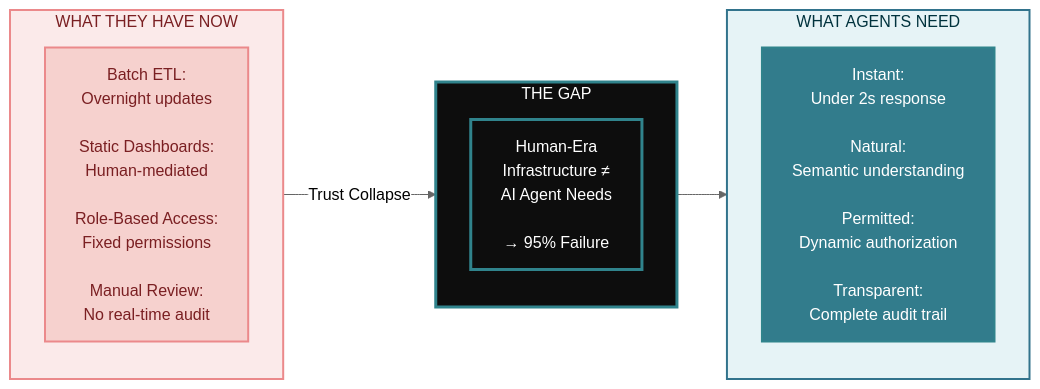
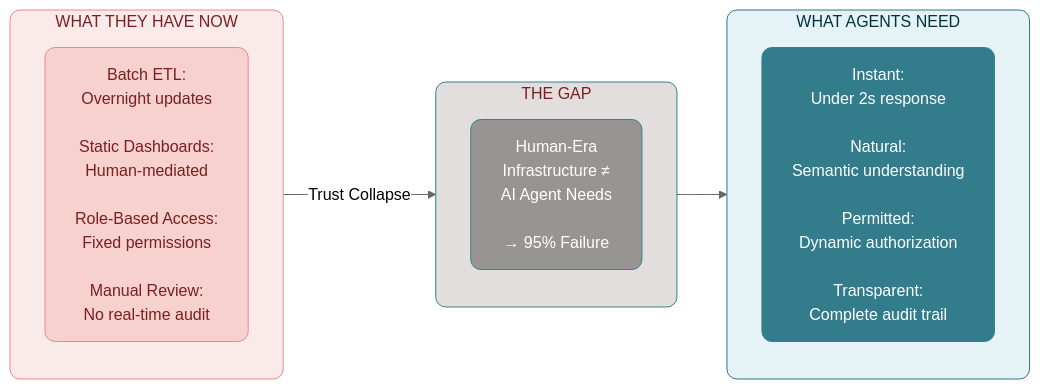
One commit to colaberry/trust-before-intelligence-book changed the first of 6 diagrams in manuscript/02_chapter_1_why_agents_fail.md. Above: the diagram before and after it, drawn with Mermaid (neutral theme). The commit also changed other lines of this file and 12 other files, not shown here.

````diff
--- a/manuscript/02_chapter_1_why_agents_fail.md
+++ b/manuscript/02_chapter_1_why_agents_fail.md
@@ -7,29 +7,29 @@
 ```mermaid
 
 graph LR
     subgraph BUILT["WHAT THEY HAVE NOW"]
         direction TB
         B1["Batch ETL:<br/>Overnight updates<br/><br/>Static Dashboards:<br/>Human-mediated<br/><br/>Role-Based Access:<br/>Fixed permissions<br/><br/>Manual Review:<br/>No real-time audit"]
     end
     
     subgraph GAP["THE GAP"]
         direction TB
         G1["Human-Era<br/>Infrastructure ≠<br/>AI Agent Needs<br/><br/>→ 95% Failure"]
     end
     
     subgraph NEED["WHAT AGENTS NEED"]
         direction TB
         N1["Instant:<br/>Under 2s response<br/><br/>Natural:<br/>Semantic understanding<br/><br/>Permitted:<br/>Dynamic authorization<br/><br/>Transparent:<br/>Complete audit trail"]
     end
     
     BUILT -->|"Trust Collapse"| GAP --> NEED
     
-    style BUILT fill:#FBEAEA,stroke:#EB898B,stroke-width:2px,color:#7A1F22
-    style B1 fill:#F6D1CE,stroke:#EB898B,stroke-width:2px,color:#7A1F22
-    style GAP fill:#0D0D0D,color:#ffffff,stroke:#30838C,stroke-width:3px
-    style G1 fill:#0D0D0D,color:#ffffff,stroke:#30838C,stroke-width:3px
-    style NEED fill:#E6F3F6,stroke:#32738C,stroke-width:2px,color:#00323D
-    style N1 fill:#327C8C,stroke:#30838C,stroke-width:2px,color:#ffffff
+    style BUILT fill:#FBEAEA,stroke:#EB898B,stroke-width:1px,color:#7A1F22, rx:10,ry:10
+    style B1 fill:#F6D1CE,stroke:#EB898B,stroke-width:1px,color:#7A1F22,rx:10,ry:10
+    style GAP fill:#e3dede,color:#7A1F22,stroke:#30838C,stroke-width:1px,rx:10,ry:10
+    style G1 fill:#999494 ,color:#ffffff,stroke:#30838C,stroke-width:1px,rx:10,ry:10
+    style NEED fill:#E6F3F6,stroke:#32738C,stroke-width:1px,color:#00323D,rx:10,ry:10
+    style N1 fill:#327C8C,stroke:#30838C,stroke-width:1px,color:#ffffff,rx:10,ry:10
     
 
 ```
````
